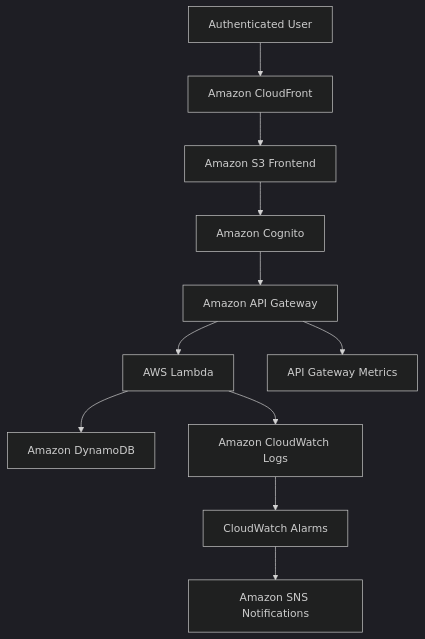
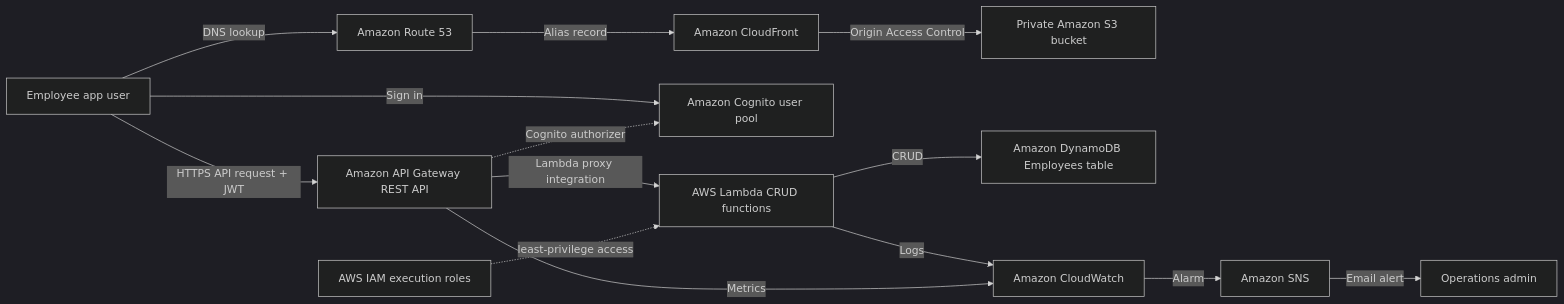
The diagram in README.md (Saifulrubkhan/aws_employee_management_project), drawn with Mermaid (dark theme) before and after one commit. The commit also changed other lines of this file and 3 other files, not shown here.

Commit message:
Add AWS architecture diagram

````diff
--- a/README.md
+++ b/README.md
@@ -96,13 +28,16 @@
 ```mermaid
-flowchart TD
-	User[Authenticated User] --> CloudFront[Amazon CloudFront]
-	CloudFront --> S3[Amazon S3 Frontend]
-	S3 --> Cognito[Amazon Cognito]
-	Cognito --> APIGW[Amazon API Gateway]
-	APIGW --> Lambda[AWS Lambda]
-	Lambda --> DynamoDB[Amazon DynamoDB]
-	Lambda --> CloudWatch[Amazon CloudWatch Logs]
-	APIGW --> Metrics[API Gateway Metrics]
-	CloudWatch --> Alarms[CloudWatch Alarms]
-	Alarms --> SNS[Amazon SNS Notifications]
+flowchart LR
+    User[Employee app user] -->|DNS lookup| Route53[Amazon Route 53]
+    Route53 -->|Alias record| CloudFront[Amazon CloudFront]
+    CloudFront -->|Origin Access Control| S3[Private Amazon S3 bucket]
+    User -->|Sign in| Cognito[Amazon Cognito user pool]
+    User -->|HTTPS API request + JWT| API[Amazon API Gateway REST API]
+    API -. Cognito authorizer .-> Cognito
+    API -->|Lambda proxy integration| Lambda[AWS Lambda CRUD functions]
+    Lambda -->|CRUD| DynamoDB[Amazon DynamoDB Employees table]
+    Lambda -->|Logs| CloudWatch[Amazon CloudWatch]
+    API -->|Metrics| CloudWatch
+    CloudWatch -->|Alarm| SNS[Amazon SNS]
+    SNS -->|Email alert| Admin[Operations admin]
+    IAM[AWS IAM execution roles] -. least-privilege access .-> Lambda
 ```
````
